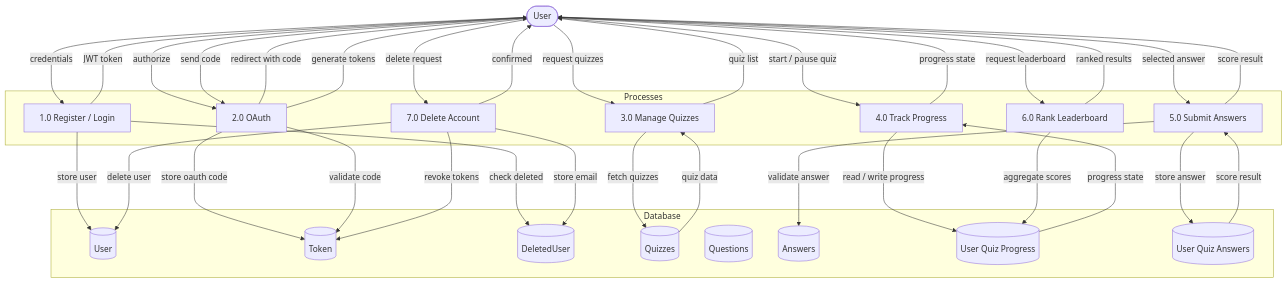
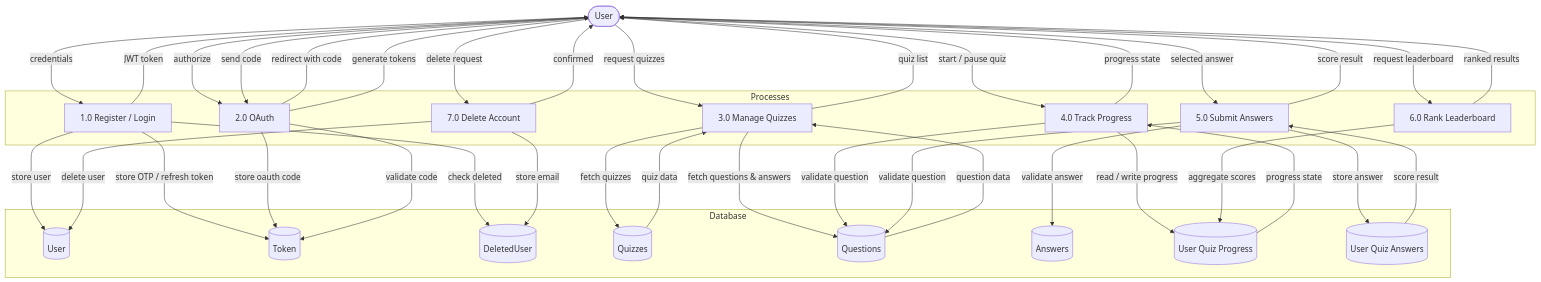
Before and after one commit to Ahmed-Elgammal-900/Quiz-App-Back-End: the fourth of 5 diagrams in README.md, drawn with Mermaid. The commit also changed other lines of this file and 1 other file, not shown here.

````diff
--- a/README.md
+++ b/README.md
@@ -414,64 +420,67 @@
 ```mermaid
 graph TD
     U(["User"])
 
     subgraph Processes
         P1["1.0 Register / Login"]
         P2["2.0 OAuth"]
         P3["3.0 Manage Quizzes"]
         P4["4.0 Track Progress"]
         P5["5.0 Submit Answers"]
         P6["6.0 Rank Leaderboard"]
         P7["7.0 Delete Account"]
-
     end
 
     subgraph Database
         DS1[("User")]
         DS2[("Token")]
         DS3[("DeletedUser")]
         DS4[("Quizzes")]
         DS5[("Questions")]
         DS6[("Answers")]
         DS7[("User Quiz Progress")]
         DS8[("User Quiz Answers")]
     end
 
     U -->|"credentials"| P1
     P1 -->|"check deleted"| DS3
     P1 -->|"store user"| DS1
+    P1 -->|"store OTP / refresh token"| DS2
     P1 -->|"JWT token"| U
 
-    U ---> |"authorize"| P2
+    U --->|"authorize"| P2
     P2 -->|"store oauth code"| DS2
-    P2 ---> |"redirect with code"| U
-    U ---> |"send code"| P2
-    P2 ---> |"validate code"| DS2
-    P2 ---> |"generate tokens"| U
+    P2 --->|"redirect with code"| U
+    U --->|"send code"| P2
+    P2 --->|"validate code"| DS2
+    P2 --->|"generate tokens"| U
 
     U -->|"request quizzes"| P3
     P3 -->|"fetch quizzes"| DS4
+    P3 -->|"fetch questions & answers"| DS5
+    DS5 -->|"question data"| P3
     DS4 -->|"quiz data"| P3
     P3 -->|"quiz list"| U
 
     U -->|"start / pause quiz"| P4
+    P4 -->|"validate question"| DS5
     P4 -->|"read / write progress"| DS7
     DS7 -->|"progress state"| P4
     P4 -->|"progress state"| U
 
     U -->|"selected answer"| P5
+    P5 -->|"validate question"| DS5
     P5 -->|"validate answer"| DS6
     P5 -->|"store answer"| DS8
     DS8 -->|"score result"| P5
     P5 -->|"score result"| U
 
     U -->|"request leaderboard"| P6
     P6 -->|"aggregate scores"| DS7
     P6 -->|"ranked results"| U
 
     U -->|"delete request"| P7
     P7 -->|"delete user"| DS1
-    P7 -->|"revoke tokens"| DS2
     P7 -->|"store email"| DS3
     P7 -->|"confirmed"| U
 ```
````
